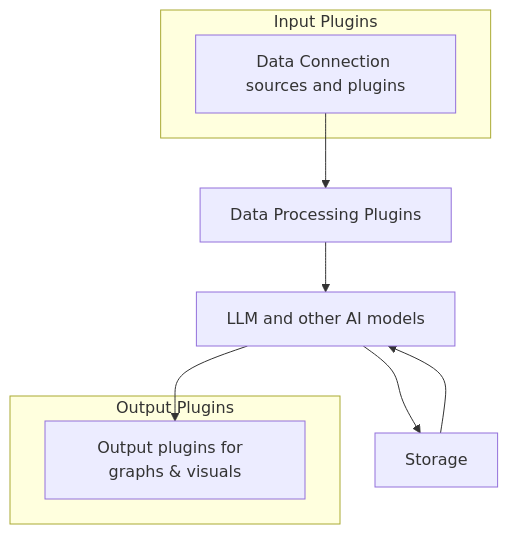
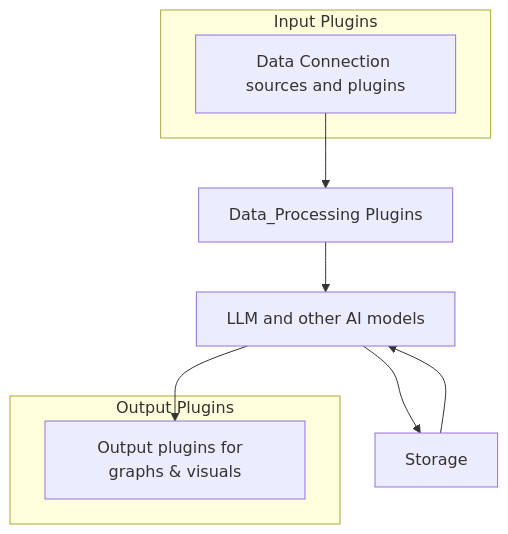
One commit to Mimir-AIP/Mimir-AIP-Go changed the diagram in README.md. Above: the diagram before and after it, drawn with Mermaid. The commit also changed other lines of this file and 9 other files, not shown here.

````diff
--- a/README.md
+++ b/README.md
@@ -29,14 +29,14 @@
 ```mermaid
 flowchart TD
  subgraph subGraph0["Input Plugins"]
         A["Data Connection sources and plugins"]
   end
  subgraph subGraph1["Output Plugins"]
         E["Output plugins for  graphs & visuals"]
   end
-    A -->D["Data Processing Plugins"]
+    A -->D["Data_Processing Plugins"]
     D-->B["LLM and other AI models"]
     B --> C["Storage"] & E
     C --> B
 
 ```
````
